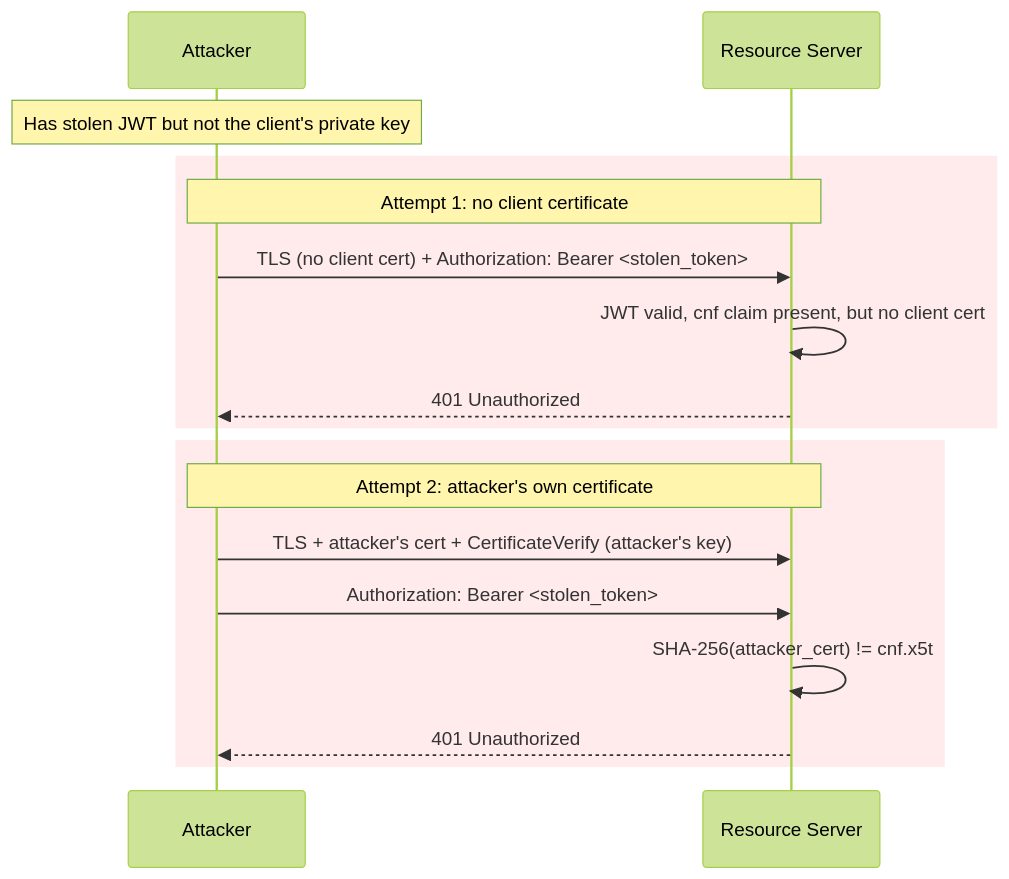
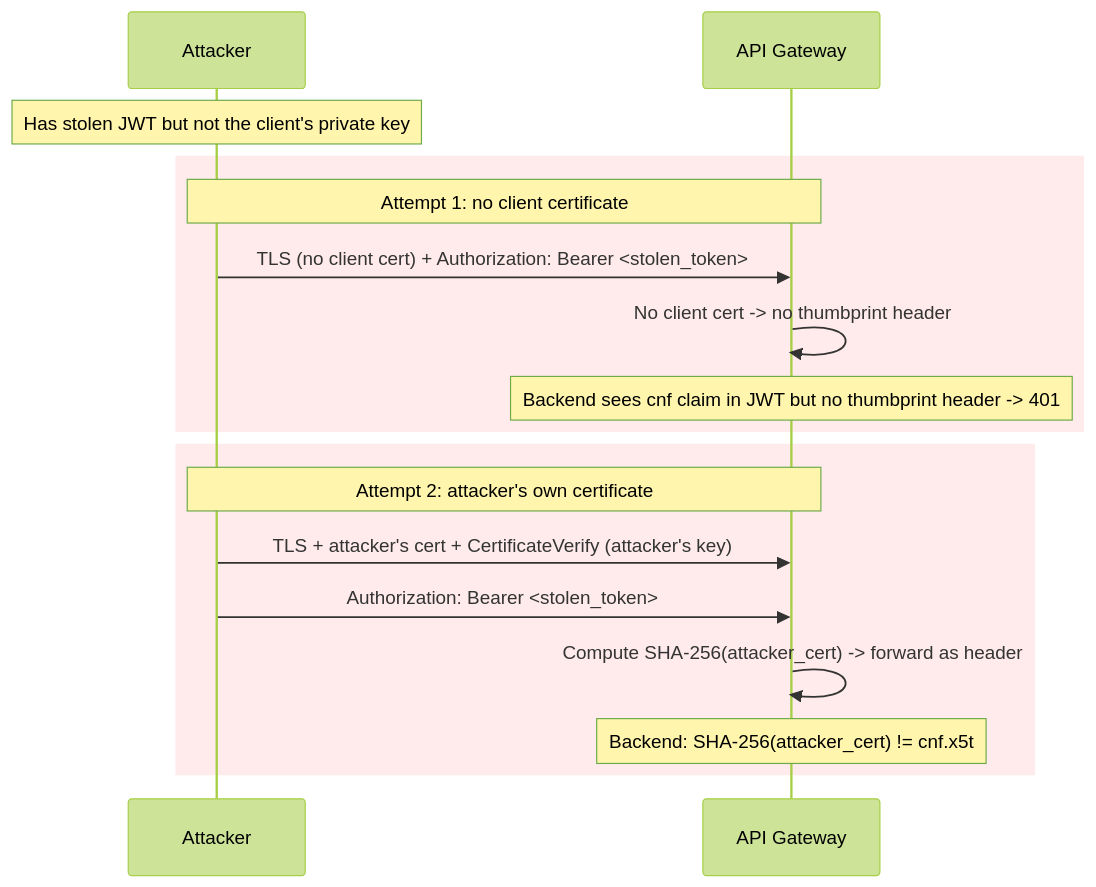
Before and after one commit to kse-bd8338bbe006/mtls-demo: the third of 3 diagrams in README.md, drawn with Mermaid (forest theme). The commit also changed other lines of this file, not shown here.

First line of the commit message:
readme: update RS verification and stolen token diagrams to gateway pattern

````diff
--- a/README.md
+++ b/README.md
@@ -76,22 +81,22 @@
 ```mermaid
 sequenceDiagram
     participant A as Attacker
-    participant RS as Resource Server
+    participant GW as API Gateway
 
     Note over A: Has stolen JWT but not the client's private key
 
     rect rgb(255, 235, 235)
-    Note over A,RS: Attempt 1: no client certificate
-    A->>RS: TLS (no client cert) + Authorization: Bearer <stolen_token>
-    RS->>RS: JWT valid, cnf claim present, but no client cert
-    RS-->>A: 401 Unauthorized
+    Note over A,GW: Attempt 1: no client certificate
+    A->>GW: TLS (no client cert) + Authorization: Bearer <stolen_token>
+    GW->>GW: No client cert -> no thumbprint header
+    Note over GW: Backend sees cnf claim in JWT but no thumbprint header -> 401
     end
 
     rect rgb(255, 235, 235)
-    Note over A,RS: Attempt 2: attacker's own certificate
-    A->>RS: TLS + attacker's cert + CertificateVerify (attacker's key)
-    A->>RS: Authorization: Bearer <stolen_token>
-    RS->>RS: SHA-256(attacker_cert) != cnf.x5t#S256 in token
-    RS-->>A: 401 Unauthorized
+    Note over A,GW: Attempt 2: attacker's own certificate
+    A->>GW: TLS + attacker's cert + CertificateVerify (attacker's key)
+    A->>GW: Authorization: Bearer <stolen_token>
+    GW->>GW: Compute SHA-256(attacker_cert) -> forward as header
+    Note over GW: Backend: SHA-256(attacker_cert) != cnf.x5t#S256 in JWT -> 401
     end
 ```
````
